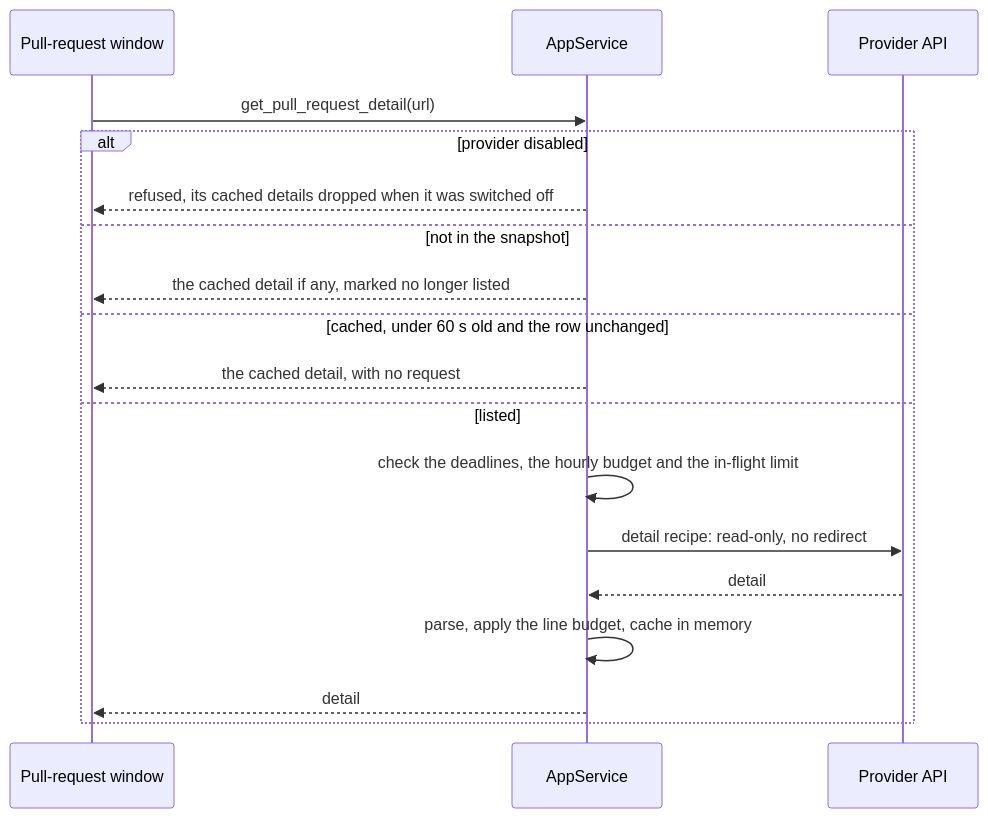
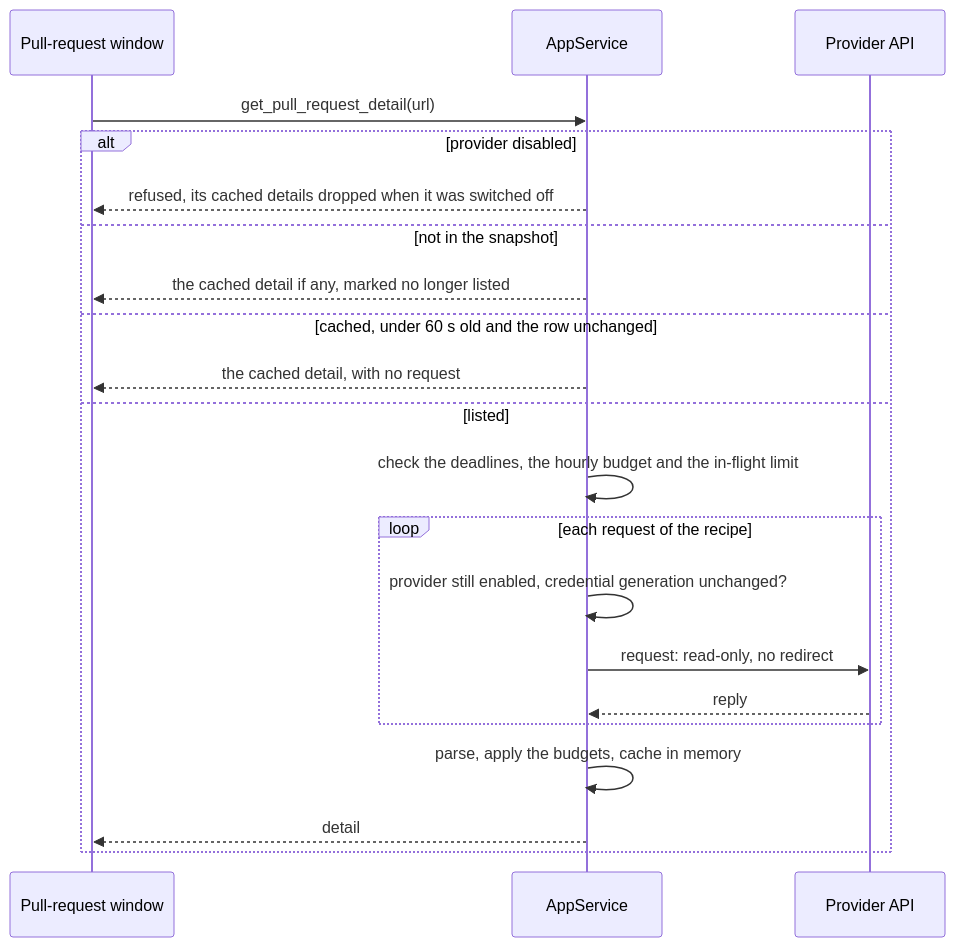
Before and after one commit to avantmedialtd/specforge: the second of 4 diagrams in openspec/changes/pull-request-viewer/design.md, drawn with Mermaid. The commit also changed other lines of this file and 3 other files, not shown here.

````diff
--- a/openspec/changes/pull-request-viewer/design.md
+++ b/openspec/changes/pull-request-viewer/design.md
@@ -128,20 +131,23 @@
 ```mermaid
 sequenceDiagram
   participant W as Pull-request window
   participant S as AppService
   participant P as Provider API
   W->>S: get_pull_request_detail(url)
   alt provider disabled
     S-->>W: refused, its cached details dropped when it was switched off
   else not in the snapshot
     S-->>W: the cached detail if any, marked no longer listed
   else cached, under 60 s old and the row unchanged
     S-->>W: the cached detail, with no request
   else listed
     S->>S: check the deadlines, the hourly budget and the in-flight limit
-    S->>P: detail recipe: read-only, no redirect
-    P-->>S: detail
-    S->>S: parse, apply the line budget, cache in memory
+    loop each request of the recipe
+      S->>S: provider still enabled, credential generation unchanged?
+      S->>P: request: read-only, no redirect
+      P-->>S: reply
+    end
+    S->>S: parse, apply the budgets, cache in memory
     S-->>W: detail
   end
 ```
````
